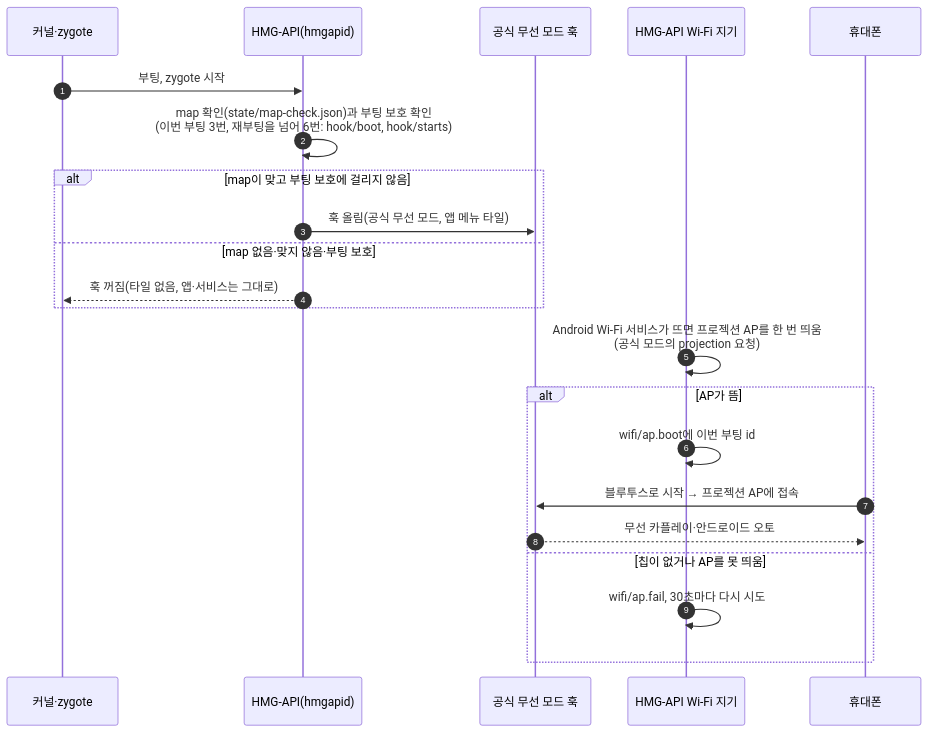
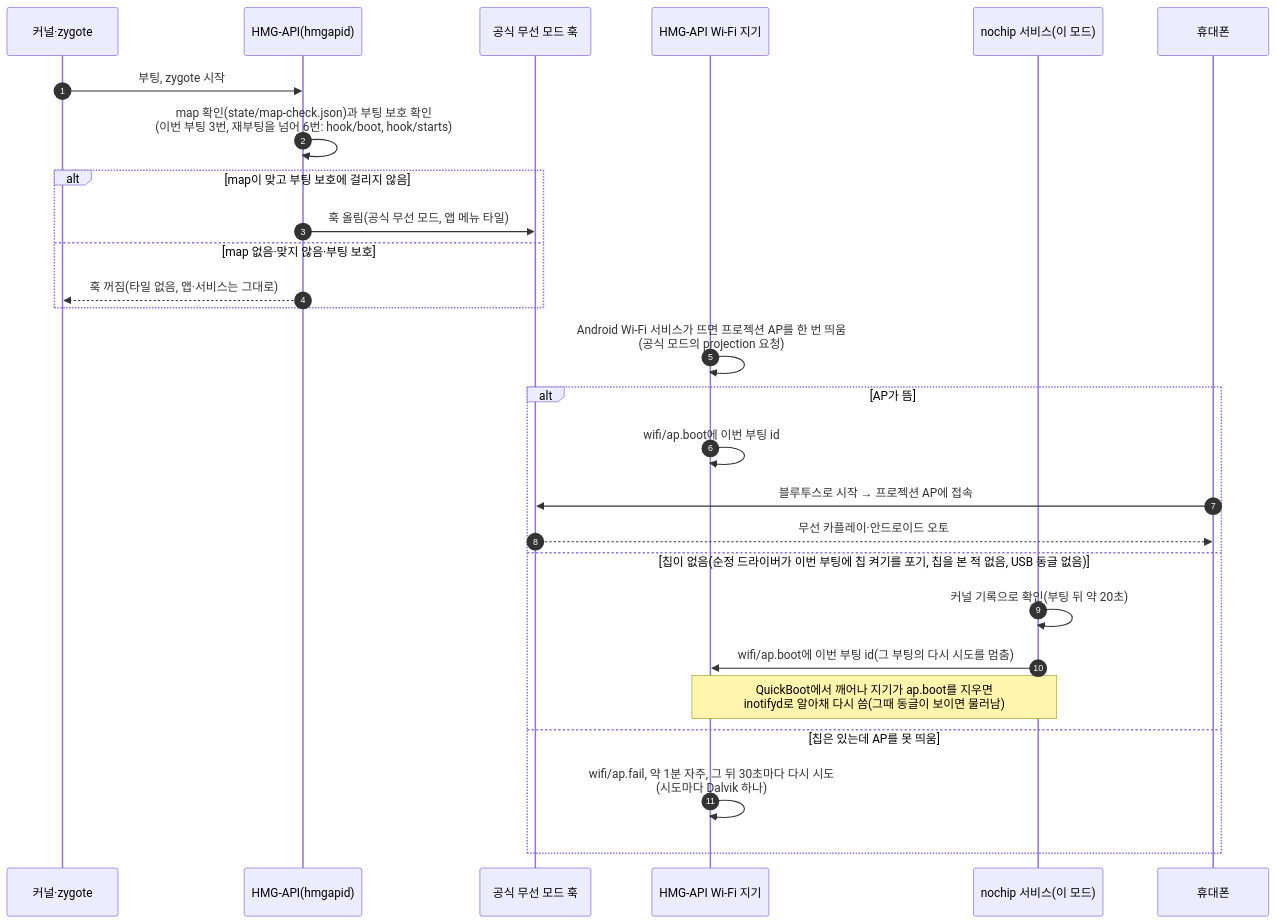
Before and after one commit to jay-park-lab/hmgapi-nx4-kor: the fourth of 7 diagrams in docs/flow.md, drawn with Mermaid. The commit also changed other lines of this file and 13 other files, not shown here.

````diff
--- a/docs/flow.md
+++ b/docs/flow.md
@@ -131,25 +131,30 @@
 ```mermaid
 sequenceDiagram
   autonumber
   participant K as 커널·zygote
   participant H as HMG-API(hmgapid)
   participant W as 공식 무선 모드 훅
   participant A as HMG-API Wi-Fi 지기
+  participant N as nochip 서비스(이 모드)
   participant P as 휴대폰
 
   K->>H: 부팅, zygote 시작
   H->>H: map 확인(state/map-check.json)과 부팅 보호 확인<br/>(이번 부팅 3번, 재부팅을 넘어 6번: hook/boot, hook/starts)
   alt map이 맞고 부팅 보호에 걸리지 않음
     H->>W: 훅 올림(공식 무선 모드, 앱 메뉴 타일)
   else map 없음·맞지 않음·부팅 보호
     H-->>K: 훅 꺼짐(타일 없음, 앱·서비스는 그대로)
   end
   A->>A: Android Wi-Fi 서비스가 뜨면 프로젝션 AP를 한 번 띄움<br/>(공식 모드의 projection 요청)
   alt AP가 뜸
     A->>A: wifi/ap.boot에 이번 부팅 id
     P->>W: 블루투스로 시작 → 프로젝션 AP에 접속
     W-->>P: 무선 카플레이·안드로이드 오토
-  else 칩이 없거나 AP를 못 띄움
-    A->>A: wifi/ap.fail, 30초마다 다시 시도
+  else 칩이 없음(순정 드라이버가 이번 부팅에 칩 켜기를 포기, 칩을 본 적 없음, USB 동글 없음)
+    N->>N: 커널 기록으로 확인(부팅 뒤 약 20초)
+    N->>A: wifi/ap.boot에 이번 부팅 id(그 부팅의 다시 시도를 멈춤)
+    Note over N,A: QuickBoot에서 깨어나 지기가 ap.boot를 지우면<br/>inotifyd로 알아채 다시 씀(그때 동글이 보이면 물러남)
+  else 칩은 있는데 AP를 못 띄움
+    A->>A: wifi/ap.fail, 약 1분 자주, 그 뒤 30초마다 다시 시도<br/>(시도마다 Dalvik 하나)
   end
 ```
````
